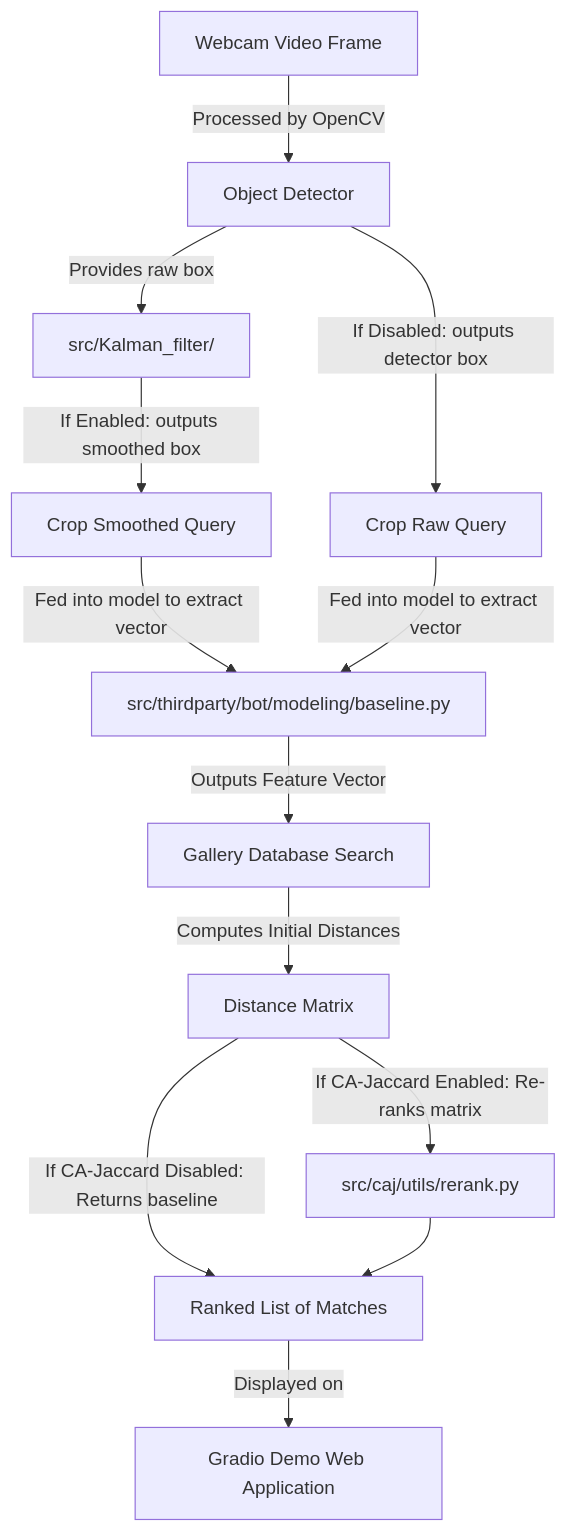
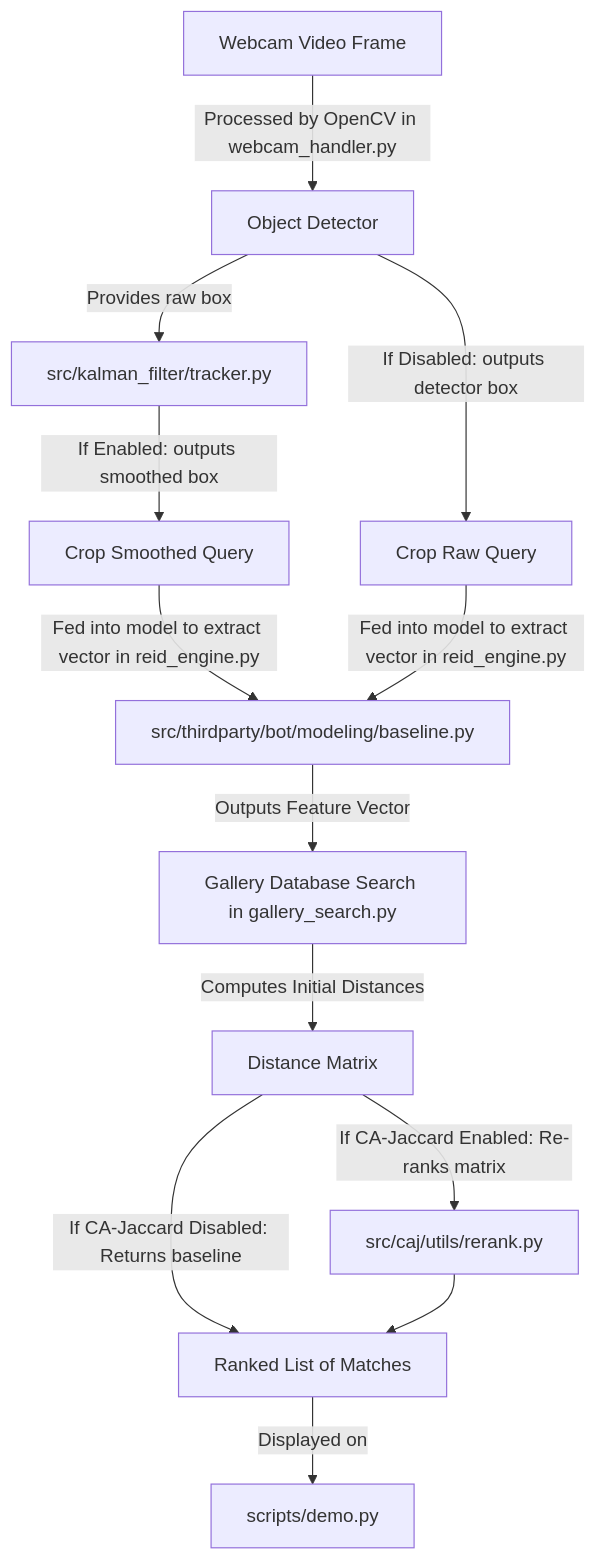
The third of 3 diagrams in docs/project_explanation.md (Taylor3691/in-allies-eyes), drawn with Mermaid before and after one commit. The commit also changed other lines of this file and 45 other files, not shown here.

````diff
--- a/docs/project_explanation.md
+++ b/docs/project_explanation.md
@@ -155,20 +160,20 @@
 ```mermaid
 flowchart TD
-    Webcam[Webcam Video Frame] -->|Processed by OpenCV| Detector[Object Detector]
-    Detector -->|Provides raw box| KF[src/Kalman_filter/]
+    Webcam[Webcam Video Frame] -->|Processed by OpenCV in webcam_handler.py| Detector[Object Detector]
+    Detector -->|Provides raw box| KF[src/kalman_filter/tracker.py]
     
     KF -->|If Enabled: outputs smoothed box| SmoothedCrop[Crop Smoothed Query]
     Detector -->|If Disabled: outputs detector box| RawCrop[Crop Raw Query]
     
-    SmoothedCrop & RawCrop -->|Fed into model to extract vector| BoT[src/thirdparty/bot/modeling/baseline.py]
+    SmoothedCrop & RawCrop -->|Fed into model to extract vector in reid_engine.py| BoT[src/thirdparty/bot/modeling/baseline.py]
     
-    BoT -->|Outputs Feature Vector| Search[Gallery Database Search]
+    BoT -->|Outputs Feature Vector| Search[Gallery Database Search in gallery_search.py]
     
     Search -->|Computes Initial Distances| DistMat[Distance Matrix]
     
     DistMat -->|If CA-Jaccard Enabled: Re-ranks matrix| Rerank[src/caj/utils/rerank.py]
     DistMat -->|If CA-Jaccard Disabled: Returns baseline| RankedList[Ranked List of Matches]
     Rerank --> RankedList
     
-    RankedList -->|Displayed on| GradioUI[Gradio Demo Web Application]
+    RankedList -->|Displayed on| GradioUI[scripts/demo.py]
 ```
````
